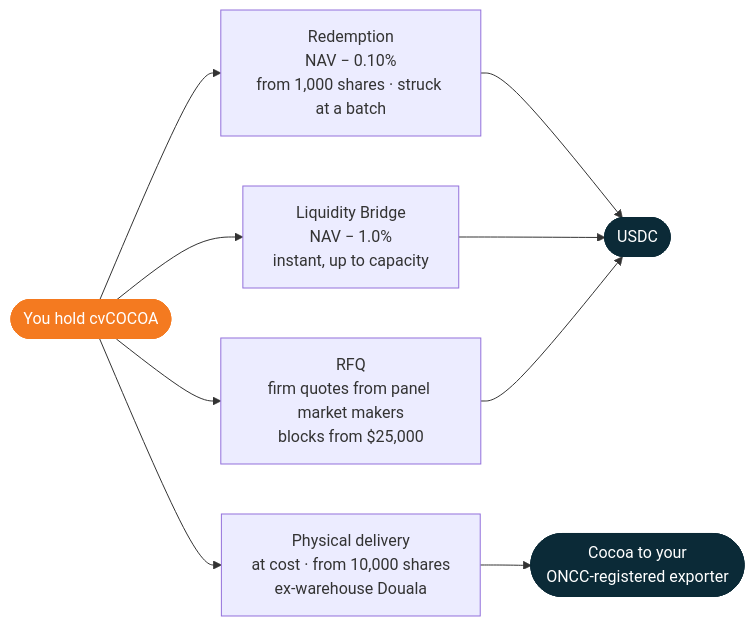
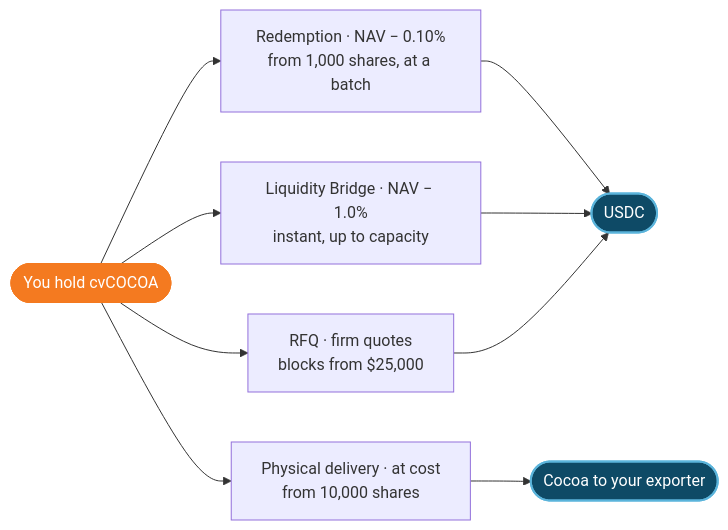
One commit to cargofinance/documentation changed the diagram in products/deposits-and-withdrawals.mdx. Above: the diagram before and after it, drawn with Mermaid. The commit also changed 4 other files, not shown here.

First line of the commit message:
Widen diagrams and make them work in light and dark mode

````diff
--- a/products/deposits-and-withdrawals.mdx
+++ b/products/deposits-and-withdrawals.mdx
@@ -62,15 +62,11 @@
 ```mermaid
 flowchart LR
-    H(["You hold cvCOCOA"]) --> R["Redemption<br/>NAV − 0.10%<br/>from 1,000 shares · struck at a batch"]
-    H --> B["Liquidity Bridge<br/>NAV − 1.0%<br/>instant, up to capacity"]
-    H --> Q["RFQ<br/>firm quotes from panel market makers<br/>blocks from $25,000"]
-    H --> P["Physical delivery<br/>at cost · from 10,000 shares<br/>ex-warehouse Douala"]
-    R --> U(["USDC"])
-    B --> U
-    Q --> U
-    P --> K(["Cocoa to your<br/>ONCC-registered exporter"])
-    classDef navy fill:#0B2A37,stroke:#0B2A37,color:#ffffff
-    classDef orange fill:#F47A20,stroke:#F47A20,color:#ffffff
-    class H orange
-    class U,K navy
+    H(["You hold cvCOCOA"]) --> R["Redemption · NAV − 0.10%<br/>from 1,000 shares, at a batch"] --> U(["USDC"])
+    H --> B["Liquidity Bridge · NAV − 1.0%<br/>instant, up to capacity"] --> U
+    H --> Q["RFQ · firm quotes<br/>blocks from $25,000"] --> U
+    H --> P["Physical delivery · at cost<br/>from 10,000 shares"] --> K(["Cocoa to your exporter"])
+    classDef key fill:#0E4A66,stroke:#5BB4DB,stroke-width:2px,color:#ffffff
+    classDef accent fill:#F47A20,stroke:#F47A20,color:#ffffff
+    class H accent
+    class U,K key
 ```
````
